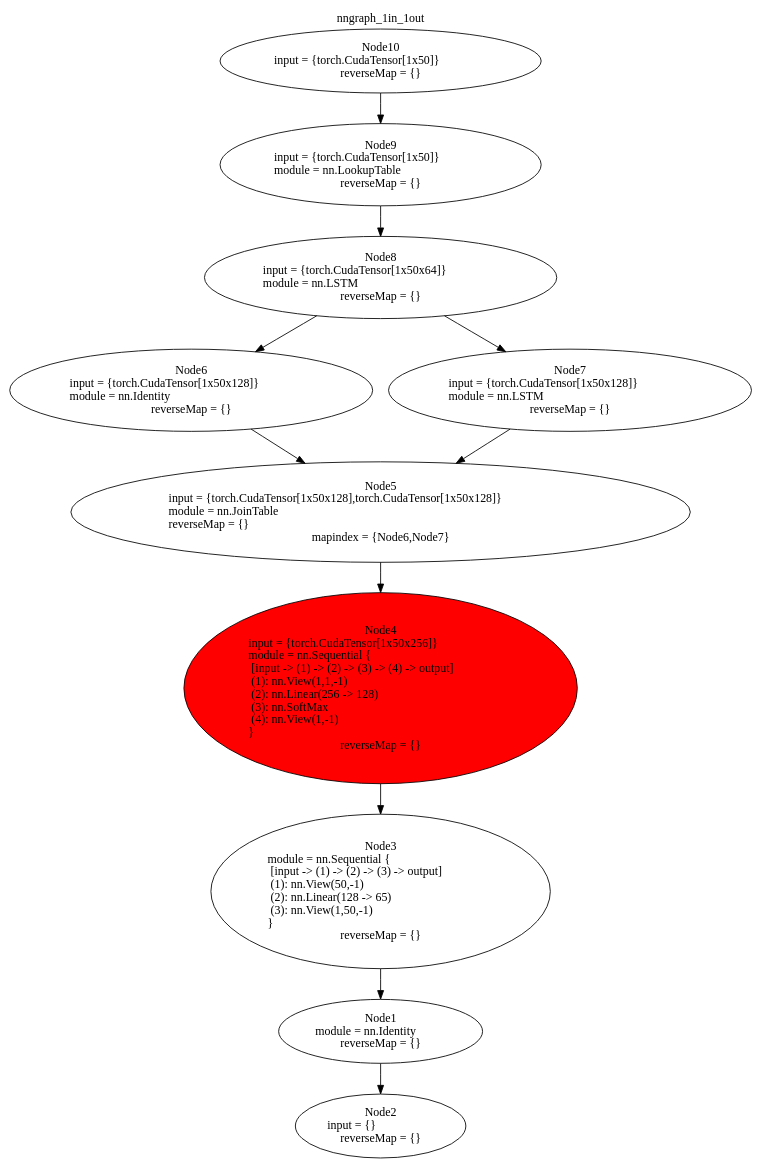
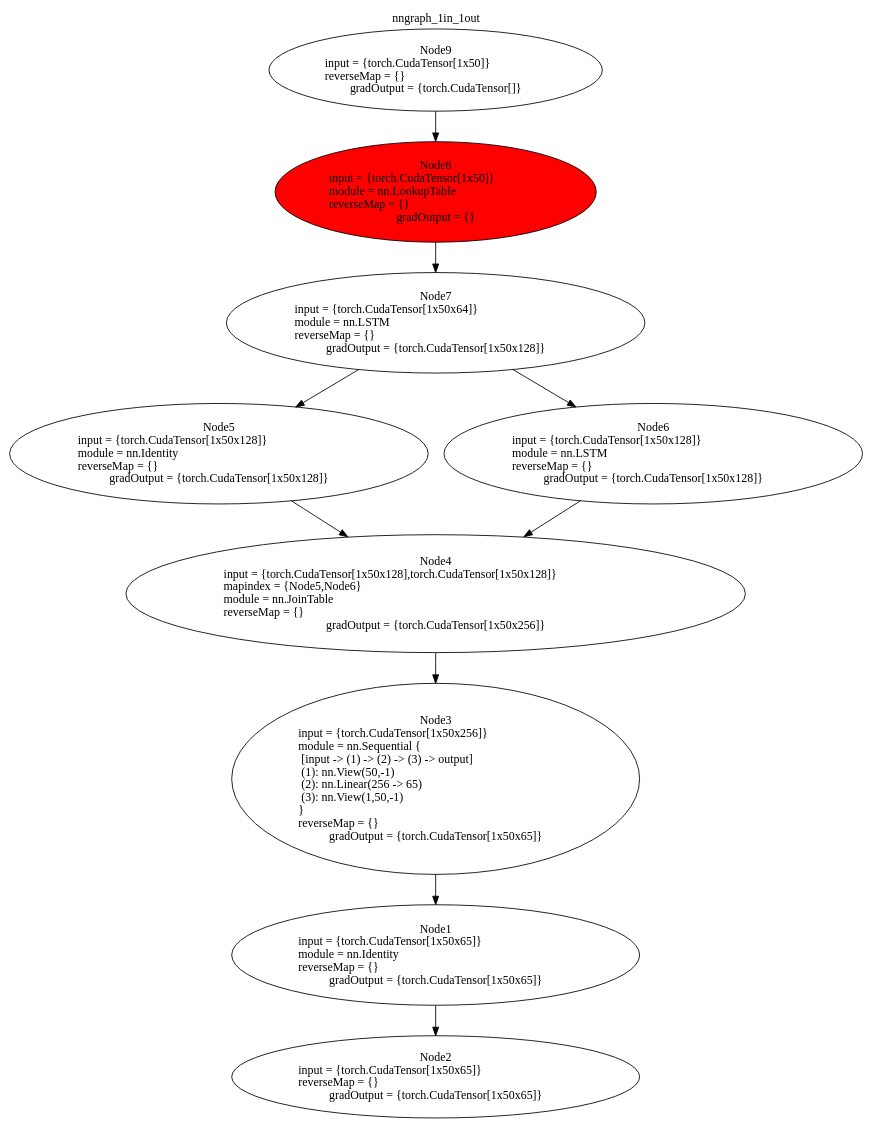
Before and after one commit to DylanAuty/torch-rnn-constrained: the diagram in nngraph_1in_1out.dot, drawn with Graphviz. The commit also changed 1 other file, not shown here.

Commit message:
Using existing linear transform

```diff
--- a/nngraph_1in_1out.dot
+++ b/nngraph_1in_1out.dot
@@ -1,26 +1,24 @@
 digraph G {
 labelloc="t";
 label="nngraph_1in_1out";
 node [shape = oval]; 
-n1[label="Node1\nmodule = nn.Identity\lreverseMap = {}" tooltip="[./LanguageModelSkipCon.lua]:122_"];
-n2[label="Node2\ninput = {}\lreverseMap = {}" tooltip="[[C]]:-1_"];
-n3[label="Node3\nmodule = nn.Sequential {\l  [input -> (1) -> (2) -> (3) -> output]\l  (1): nn.View(50,-1)\l  (2): nn.Linear(128 -> 65)\l  (3): nn.View(1,50,-1)\l}\lreverseMap = {}" tooltip="[./LanguageModelSkipCon.lua]:122_"];
-n4[label="Node4\ninput = {torch.CudaTensor[1x50x256]}\lmodule = nn.Sequential {\l  [input -> (1) -> (2) -> (3) -> (4) -> output]\l  (1): nn.View(1,1,-1)\l  (2): nn.Linear(256 -> 128)\l  (3): nn.SoftMax\l  (4): nn.View(1,-1)\l}\lreverseMap = {}" tooltip="[./LanguageModelSkipCon.lua]:122_"];
-n5[label="Node5\ninput = {torch.CudaTensor[1x50x128],torch.CudaTensor[1x50x128]}\lmodule = nn.JoinTable\lreverseMap = {}\lmapindex = {Node6,Node7}" tooltip="[./LanguageModelSkipCon.lua]:85_"];
-n6[label="Node6\ninput = {torch.CudaTensor[1x50x128]}\lmodule = nn.Identity\lreverseMap = {}" tooltip="[./LanguageModelSkipCon.lua]:64_"];
-n7[label="Node7\ninput = {torch.CudaTensor[1x50x128]}\lmodule = nn.LSTM\lreverseMap = {}" tooltip="[./LanguageModelSkipCon.lua]:79_"];
-n8[label="Node8\ninput = {torch.CudaTensor[1x50x64]}\lmodule = nn.LSTM\lreverseMap = {}" tooltip="[./LanguageModelSkipCon.lua]:58_"];
-n9[label="Node9\ninput = {torch.CudaTensor[1x50]}\lmodule = nn.LookupTable\lreverseMap = {}" tooltip="[./LanguageModelSkipCon.lua]:41_"];
-n10[label="Node10\ninput = {torch.CudaTensor[1x50]}\lreverseMap = {}" tooltip="[[C]]:-1_"];
+n1[label="Node1\ninput = {torch.CudaTensor[1x50x65]}\lmodule = nn.Identity\lreverseMap = {}\lgradOutput = {torch.CudaTensor[1x50x65]}" tooltip="[./LanguageModelSkipCon.lua]:123_"];
+n2[label="Node2\ninput = {torch.CudaTensor[1x50x65]}\lreverseMap = {}\lgradOutput = {torch.CudaTensor[1x50x65]}" tooltip="[[C]]:-1_"];
+n3[label="Node3\ninput = {torch.CudaTensor[1x50x256]}\lmodule = nn.Sequential {\l  [input -> (1) -> (2) -> (3) -> output]\l  (1): nn.View(50,-1)\l  (2): nn.Linear(256 -> 65)\l  (3): nn.View(1,50,-1)\l}\lreverseMap = {}\lgradOutput = {torch.CudaTensor[1x50x65]}" tooltip="[./LanguageModelSkipCon.lua]:123_"];
+n4[label="Node4\ninput = {torch.CudaTensor[1x50x128],torch.CudaTensor[1x50x128]}\lmapindex = {Node5,Node6}\lmodule = nn.JoinTable\lreverseMap = {}\lgradOutput = {torch.CudaTensor[1x50x256]}" tooltip="[./LanguageModelSkipCon.lua]:85_"];
+n5[label="Node5\ninput = {torch.CudaTensor[1x50x128]}\lmodule = nn.Identity\lreverseMap = {}\lgradOutput = {torch.CudaTensor[1x50x128]}" tooltip="[./LanguageModelSkipCon.lua]:64_"];
+n6[label="Node6\ninput = {torch.CudaTensor[1x50x128]}\lmodule = nn.LSTM\lreverseMap = {}\lgradOutput = {torch.CudaTensor[1x50x128]}" tooltip="[./LanguageModelSkipCon.lua]:79_"];
+n7[label="Node7\ninput = {torch.CudaTensor[1x50x64]}\lmodule = nn.LSTM\lreverseMap = {}\lgradOutput = {torch.CudaTensor[1x50x128]}" tooltip="[./LanguageModelSkipCon.lua]:58_"];
+n8[label="Node8\ninput = {torch.CudaTensor[1x50]}\lmodule = nn.LookupTable\lreverseMap = {}\lgradOutput = {}" tooltip="[./LanguageModelSkipCon.lua]:41_"];
+n9[label="Node9\ninput = {torch.CudaTensor[1x50]}\lreverseMap = {}\lgradOutput = {torch.CudaTensor[]}" tooltip="[[C]]:-1_"];
 n1 -> n2;
 n3 -> n1;
 n4 -> n3;
 n5 -> n4;
-n6 -> n5;
+n6 -> n4;
 n7 -> n5;
-n8 -> n6;
+n7 -> n6;
 n8 -> n7;
 n9 -> n8;
-n10 -> n9;
-n4[style=filled, fillcolor=red];
+n8[style=filled, fillcolor=red];
 }
```
